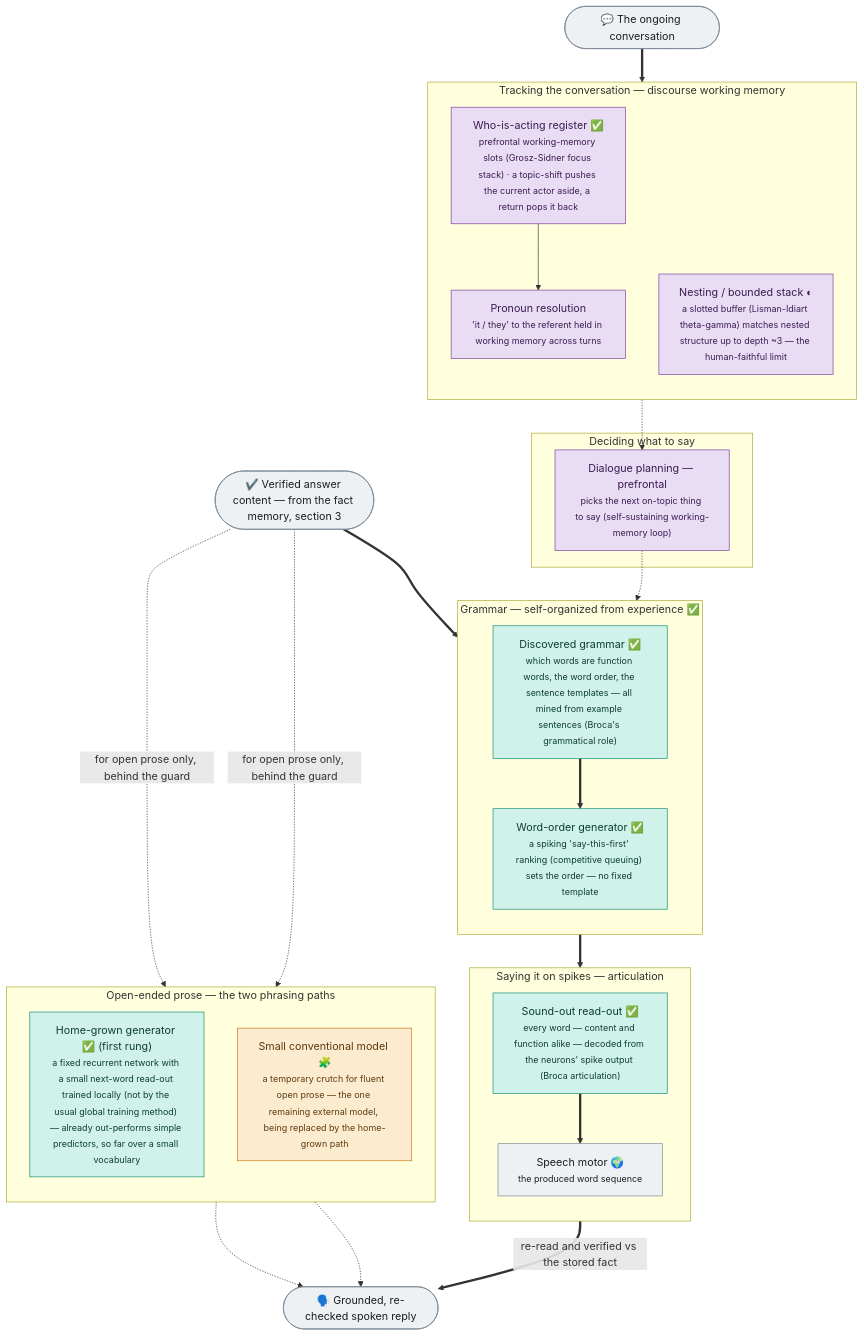
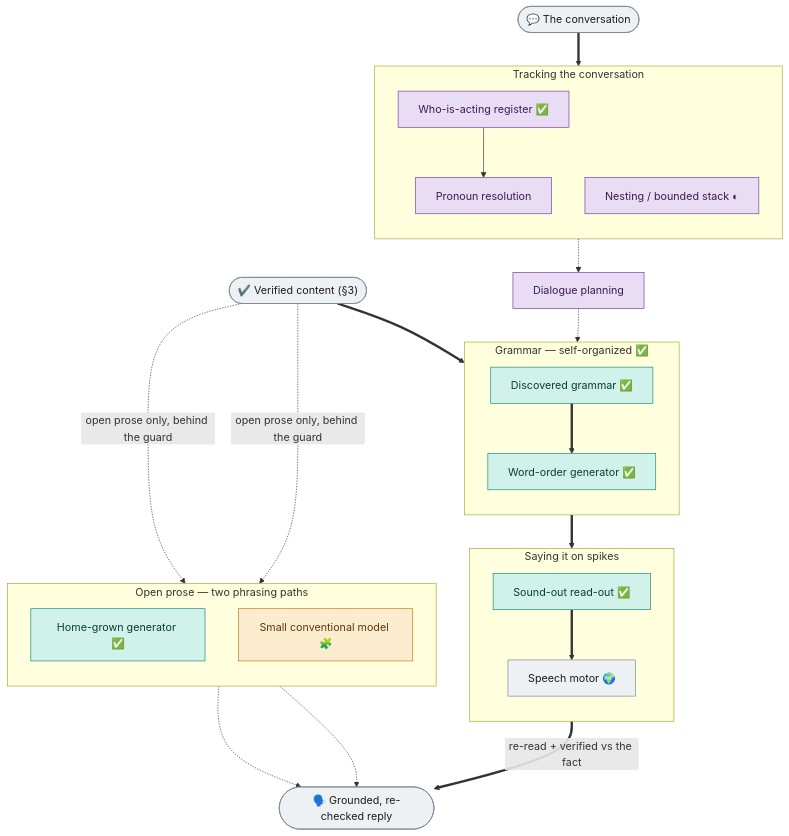
Before and after one commit to danthi123/neural-simulator: the fourth of 5 diagrams in docs/diagrams/brain_architecture_detailed.md, drawn with Mermaid. The commit also changed other lines of this file and 1 other file, not shown here.

First line of the commit message:
Diagrams: fix box text overflow — concise boxes + detail tables (the <small> sub-text was clipping)

````diff
--- a/docs/diagrams/brain_architecture_detailed.md
+++ b/docs/diagrams/brain_architecture_detailed.md
@@ -261,55 +272,52 @@
 ```mermaid
 flowchart TB
-    Content(["✔️ Verified answer content — from the fact memory, section 3"]):::io
-    UserTurn(["💬 The ongoing conversation"]):::io
+    Content(["✔️ Verified content (§3)"]):::io
+    UserTurn(["💬 The conversation"]):::io
 
-    subgraph DISC["Tracking the conversation — discourse working memory"]
+    subgraph DISCG["Tracking the conversation"]
       direction TB
-      REG["Who-is-acting register ✅<br/><small>prefrontal working-memory slots (Grosz-Sidner focus stack) · a topic-shift pushes the current actor aside, a return pops it back</small>"]:::plan
-      ANAPH["Pronoun resolution<br/><small>'it / they' to the referent held in working memory across turns</small>"]:::plan
-      WM["Nesting / bounded stack ◐<br/><small>a slotted buffer (Lisman-Idiart theta-gamma) matches nested structure up to depth ~3 — the human-faithful limit</small>"]:::plan
+      REG["Who-is-acting register ✅"]:::plan
+      ANAPH["Pronoun resolution"]:::plan
+      WM["Nesting / bounded stack ◐"]:::plan
       REG --> ANAPH
     end
 
-    subgraph PLAN["Deciding what to say"]
-      DLPFC["Dialogue planning — prefrontal<br/><small>picks the next on-topic thing to say (self-sustaining working-memory loop)</small>"]:::plan
-    end
+    DLPFC["Dialogue planning"]:::plan
 
-    subgraph GRAMMAR["Grammar — self-organized from experience ✅"]
+    subgraph GRAMMAR["Grammar — self-organized ✅"]
       direction TB
-      DISCOVER["Discovered grammar ✅<br/><small>which words are function words, the word order, the sentence templates — all mined from example sentences (Broca's grammatical role)</small>"]:::gen
-      ORDER["Word-order generator ✅<br/><small>a spiking 'say-this-first' ranking (competitive queuing) sets the order — no fixed template</small>"]:::gen
+      DISCOVER["Discovered grammar ✅"]:::gen
+      ORDER["Word-order generator ✅"]:::gen
       DISCOVER ==> ORDER
     end
 
-    subgraph ARTIC["Saying it on spikes — articulation"]
+    subgraph ARTIC["Saying it on spikes"]
       direction TB
-      AW["Sound-out read-out ✅<br/><small>every word — content and function alike — decoded from the neurons' spike output (Broca articulation)</small>"]:::gen
-      SPEECHM["Speech motor 🌍<br/><small>the produced word sequence</small>"]:::io
+      AW["Sound-out read-out ✅"]:::gen
+      SPEECHM["Speech motor 🌍"]:::io
       AW ==> SPEECHM
     end
 
-    subgraph OPEN["Open-ended prose — the two phrasing paths"]
+    subgraph OPEN["Open prose — two phrasing paths"]
       direction TB
-      EMERG["Home-grown generator ✅ (first rung)<br/><small>a fixed recurrent network with a small next-word read-out trained locally (not by the usual global training method) — already out-performs simple predictors, so far over a small vocabulary</small>"]:::gen
-      CRUTCH["Small conventional model 🧩<br/><small>a temporary crutch for fluent open prose — the one remaining external model, being replaced by the home-grown path</small>"]:::crutch
+      EMERG["Home-grown generator ✅"]:::gen
+      CRUTCH["Small conventional model 🧩"]:::crutch
     end
 
-    Reply(["🗣️ Grounded, re-checked spoken reply"]):::io
+    Reply(["🗣️ Grounded, re-checked reply"]):::io
 
     Content ==> DISCOVER
     UserTurn ==> REG
-    ANAPH -.-> DLPFC
-    DLPFC -.-> DISCOVER
+    ANAPH -.-> DLPFC -.-> DISCOVER
     ORDER ==> AW
-    SPEECHM ==>|re-read and verified vs the stored fact| Reply
-    Content -.->|for open prose only, behind the guard| EMERG
-    Content -.->|for open prose only, behind the guard| CRUTCH
+    SPEECHM ==>|re-read + verified vs the fact| Reply
+    Content -.->|open prose only, behind the guard| EMERG
+    Content -.->|open prose only, behind the guard| CRUTCH
     EMERG -.-> Reply
     CRUTCH -.-> Reply
 
     classDef io fill:#eef1f4,stroke:#7a8794,color:#1d1d1f;
     classDef plan fill:#e9dcf5,stroke:#7d3c98,color:#3b1d4e;
     classDef gen fill:#d1f2eb,stroke:#138d75,color:#0c3d33;
     classDef crutch fill:#fdebd0,stroke:#c8791a,color:#5b3a10;
 ```
````
